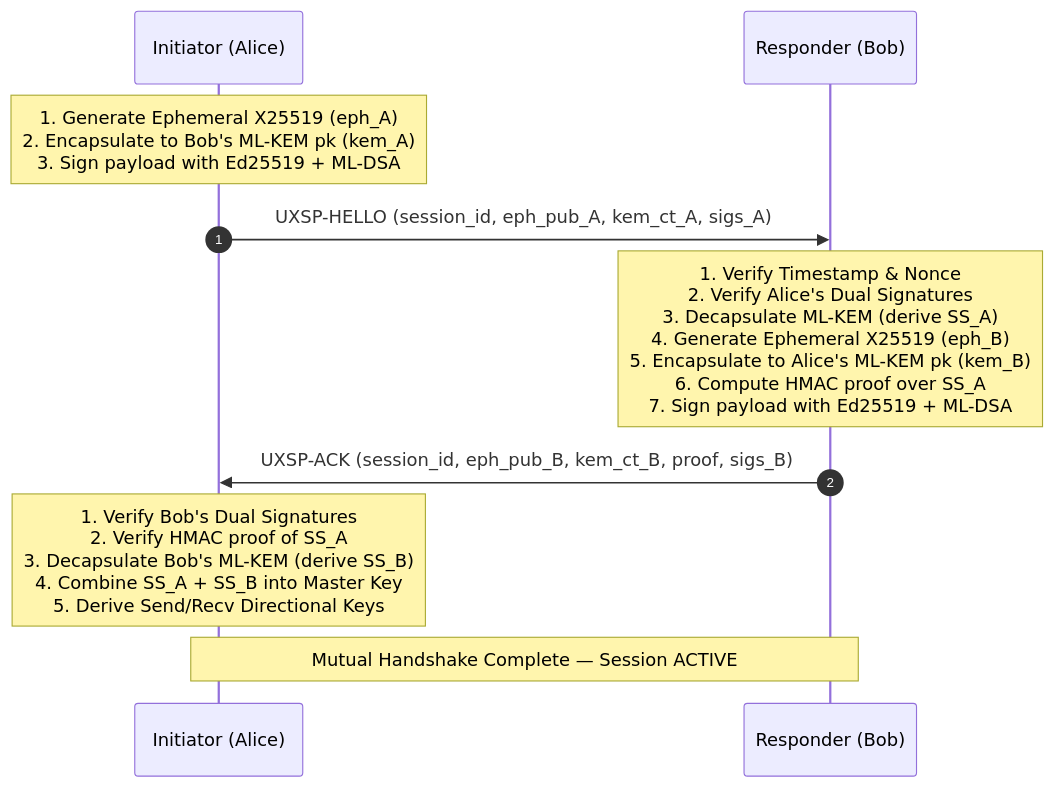
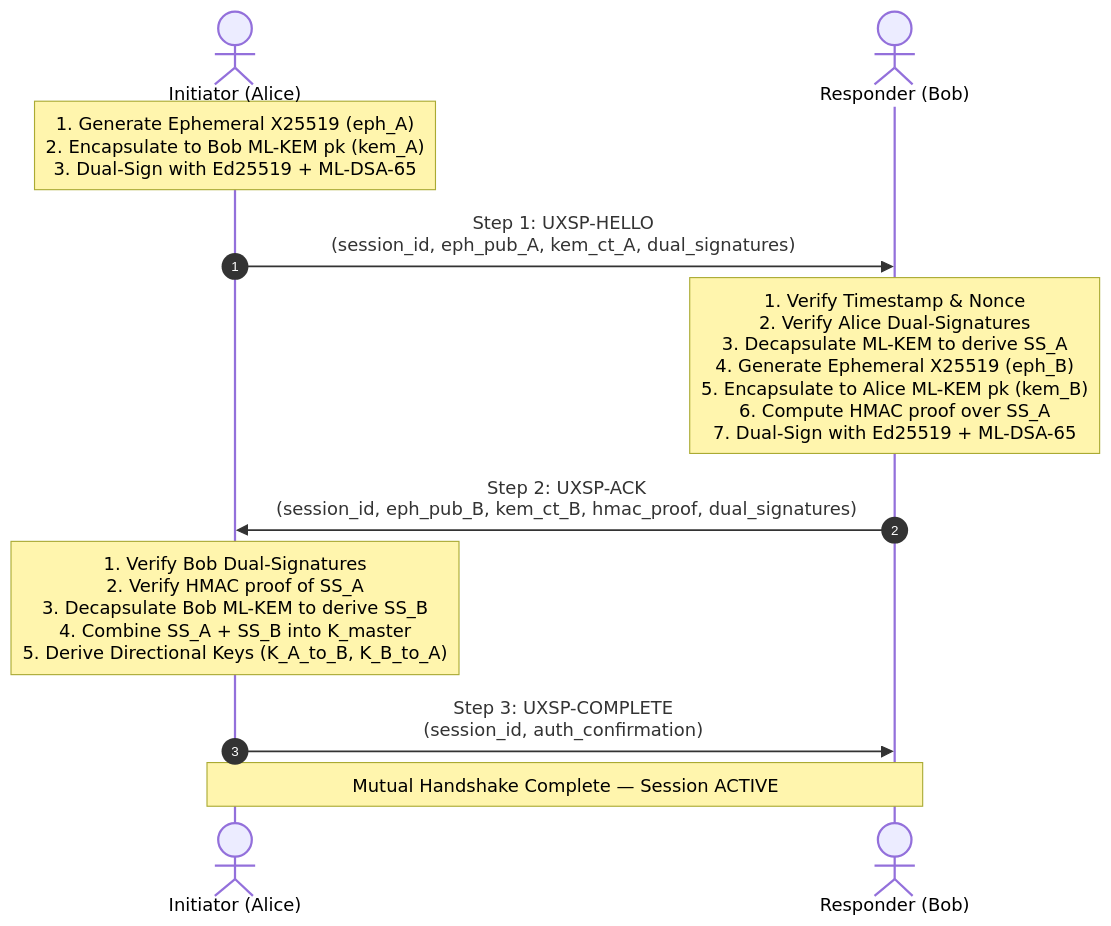
The diagram in docs/protocol_specification.md (SIVA-RAJA/uxsp), drawn with Mermaid before and after one commit. The commit also changed other lines of this file and 27 other files, not shown here.

````diff
--- a/docs/protocol_specification.md
+++ b/docs/protocol_specification.md
@@ -247,15 +249,17 @@
 ```mermaid
 sequenceDiagram
     autonumber
-    participant A as Initiator (Alice)
-    participant B as Responder (Bob)
+    actor A as Initiator (Alice)
+    actor B as Responder (Bob)
 
-    Note over A: 1. Generate Ephemeral X25519 (eph_A)<br/>2. Encapsulate to Bob's ML-KEM pk (kem_A)<br/>3. Sign payload with Ed25519 + ML-DSA
-    A->>B: UXSP-HELLO (session_id, eph_pub_A, kem_ct_A, sigs_A)
+    Note over A: 1. Generate Ephemeral X25519 (eph_A)<br/>2. Encapsulate to Bob ML-KEM pk (kem_A)<br/>3. Dual-Sign with Ed25519 + ML-DSA-65
+    A->>B: Step 1: UXSP-HELLO<br/>(session_id, eph_pub_A, kem_ct_A, dual_signatures)
 
-    Note over B: 1. Verify Timestamp & Nonce<br/>2. Verify Alice's Dual Signatures<br/>3. Decapsulate ML-KEM (derive SS_A)<br/>4. Generate Ephemeral X25519 (eph_B)<br/>5. Encapsulate to Alice's ML-KEM pk (kem_B)<br/>6. Compute HMAC proof over SS_A<br/>7. Sign payload with Ed25519 + ML-DSA
-    B->>A: UXSP-ACK (session_id, eph_pub_B, kem_ct_B, proof, sigs_B)
+    Note over B: 1. Verify Timestamp & Nonce<br/>2. Verify Alice Dual-Signatures<br/>3. Decapsulate ML-KEM to derive SS_A<br/>4. Generate Ephemeral X25519 (eph_B)<br/>5. Encapsulate to Alice ML-KEM pk (kem_B)<br/>6. Compute HMAC proof over SS_A<br/>7. Dual-Sign with Ed25519 + ML-DSA-65
+    B->>A: Step 2: UXSP-ACK<br/>(session_id, eph_pub_B, kem_ct_B, hmac_proof, dual_signatures)
 
-    Note over A: 1. Verify Bob's Dual Signatures<br/>2. Verify HMAC proof of SS_A<br/>3. Decapsulate Bob's ML-KEM (derive SS_B)<br/>4. Combine SS_A + SS_B into Master Key<br/>5. Derive Send/Recv Directional Keys
+    Note over A: 1. Verify Bob Dual-Signatures<br/>2. Verify HMAC proof of SS_A<br/>3. Decapsulate Bob ML-KEM to derive SS_B<br/>4. Combine SS_A + SS_B into K_master<br/>5. Derive Directional Keys (K_A_to_B, K_B_to_A)
+    A->>B: Step 3: UXSP-COMPLETE<br/>(session_id, auth_confirmation)
+
     Note over A,B: Mutual Handshake Complete — Session ACTIVE
 ```
````
